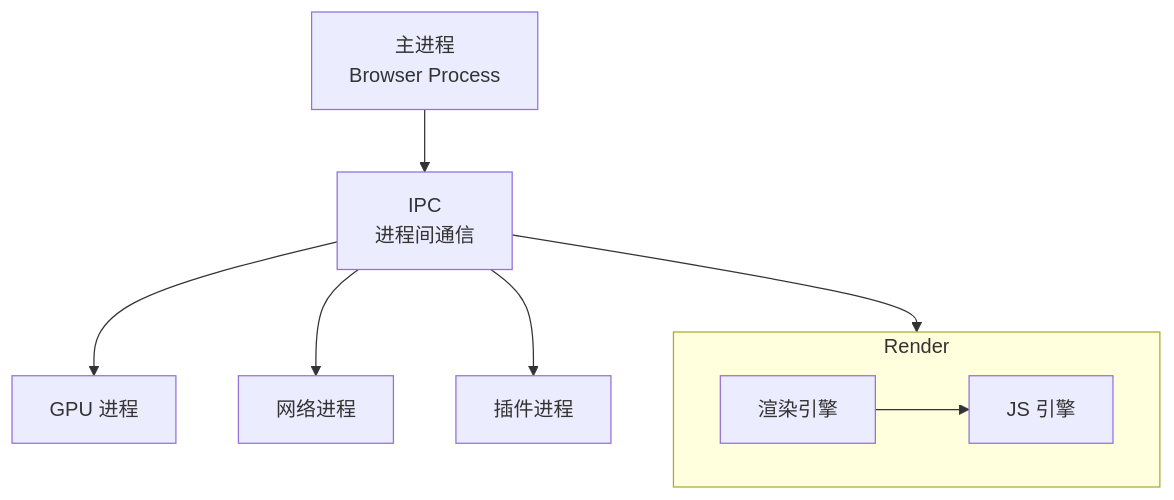
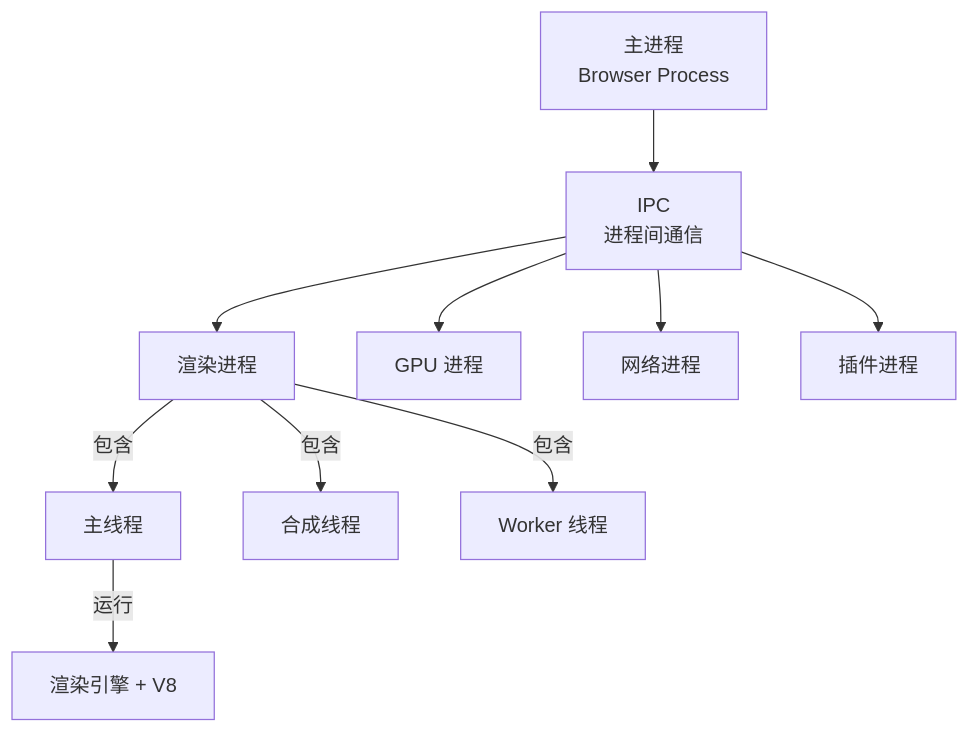
The diagram in content/40-RESOURCES/浏览器核心架构.md (pedyc/dg.pedyc), drawn with Mermaid before and after one commit. The commit also changed other lines of this file and 5 other files, not shown here.

````diff
--- a/content/40-RESOURCES/浏览器核心架构.md
+++ b/content/40-RESOURCES/浏览器核心架构.md
@@ -31,12 +31,13 @@
 ```mermaid
 graph TD
-    Main["主进程<br>Browser Process"] --> IPC["IPC<br>进程间通信"]
+    Main["主进程<br/>Browser Process"] --> IPC["IPC<br/>进程间通信"]
     IPC --> Render["渲染进程"]
     IPC --> GPU["GPU 进程"]
     IPC --> Network["网络进程"]
     IPC --> Plugin["插件进程"]
 
-    subgraph Render
-        Blink["渲染引擎"] --> V8["JS 引擎"]
-    end
+    Render -->|包含| MT[主线程]
+    Render -->|包含| CT[合成线程]
+    Render -->|包含| WT[Worker 线程]
+    MT -->|运行| Blink[渲染引擎 + V8]
 ```
````
